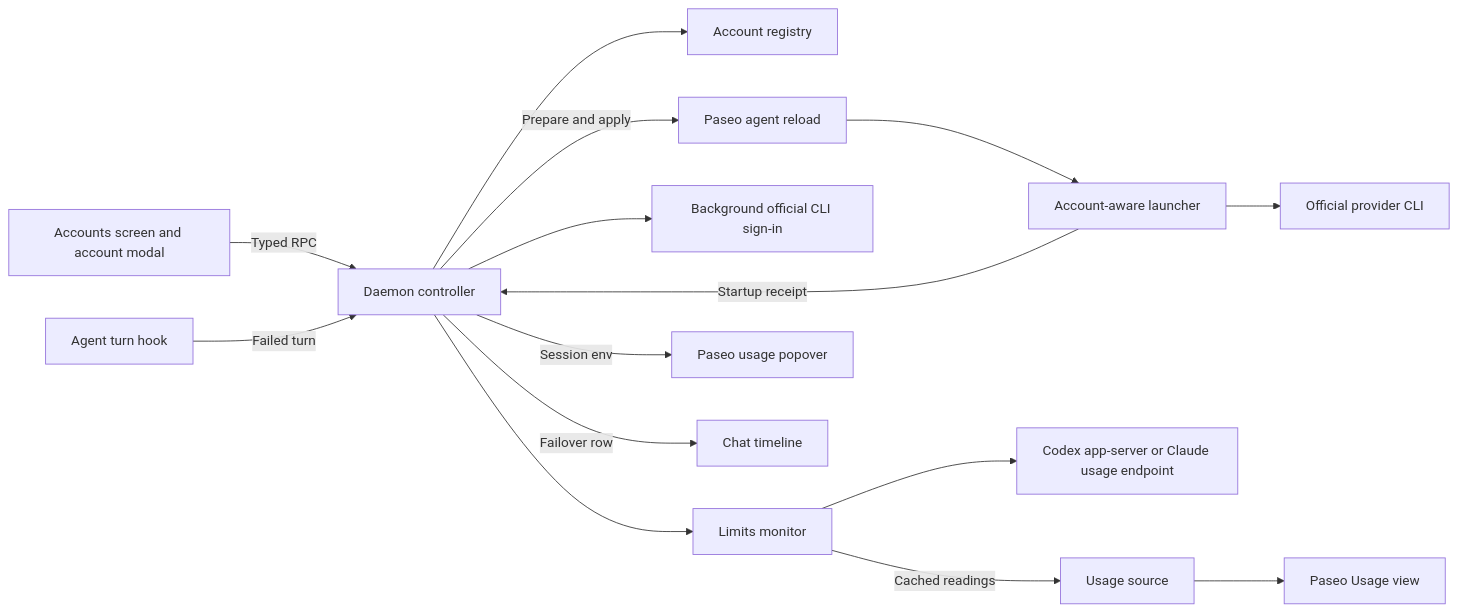
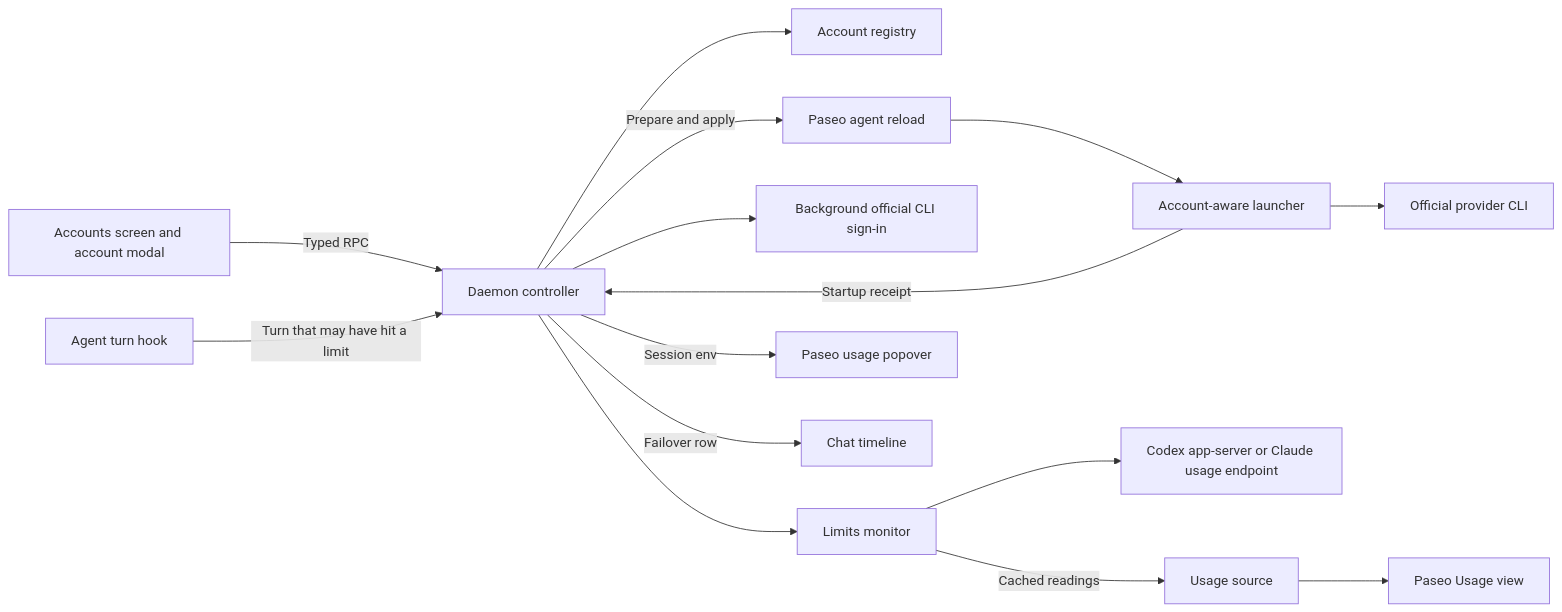
Before and after one commit to dutchakdev/paseo-plugin-account-switcher: the first of 3 diagrams in docs/architecture.md, drawn with Mermaid. The commit also changed other lines of this file and 7 other files, not shown here.

````diff
--- a/docs/architecture.md
+++ b/docs/architecture.md
@@ -7,17 +7,17 @@
 ```mermaid
 flowchart LR
   UI[Accounts screen and account modal] -->|Typed RPC| Controller[Daemon controller]
   Controller --> Registry[Account registry]
   Controller -->|Prepare and apply| Reload[Paseo agent reload]
   Reload --> Launcher[Account-aware launcher]
   Launcher --> CLI[Official provider CLI]
   Launcher -->|Startup receipt| Controller
   Controller --> Login[Background official CLI sign-in]
   Controller --> Monitor[Limits monitor]
   Monitor --> Native[Codex app-server or Claude usage endpoint]
   Monitor -->|Cached readings| Source[Usage source]
   Source --> PaseoUsage[Paseo Usage view]
   Controller -->|Session env| PaseoPopover[Paseo usage popover]
-  Hooks[Agent turn hook] -->|Failed turn| Controller
+  Hooks[Agent turn hook] -->|Turn that may have hit a limit| Controller
   Controller -->|Failover row| Chat[Chat timeline]
 ```
````
